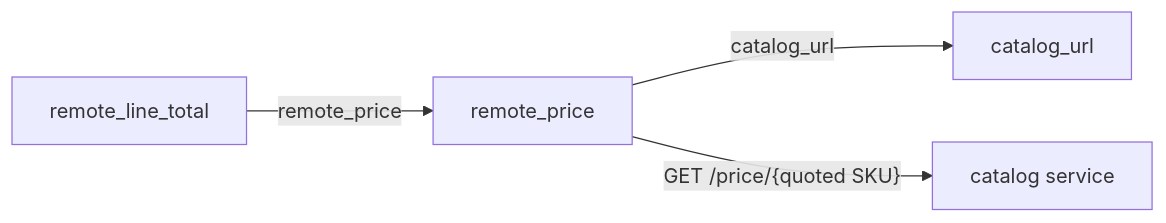
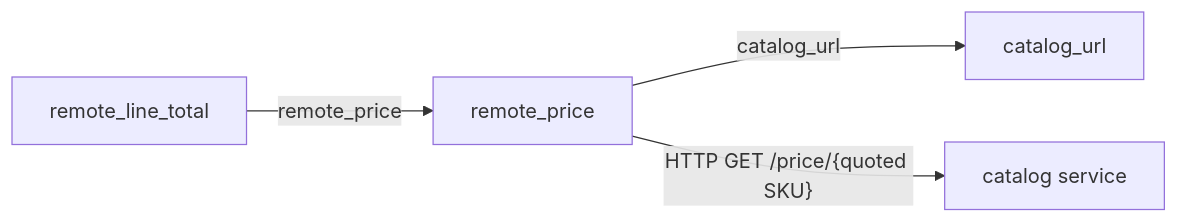
One commit to vishalc412/bible-mode-b-test changed the diagram in codebase-analysis/lld/orders/catalog_client.md. Above: the diagram before and after it, drawn with Mermaid. The commit also changed 38 other files, not shown here.

````diff
--- a/codebase-analysis/lld/orders/catalog_client.md
+++ b/codebase-analysis/lld/orders/catalog_client.md
@@ -36,10 +36,10 @@
 ```mermaid
 flowchart LR
-  catalogUrl["catalog_url"]
-  remotePrice["remote_price"]
-  remoteLineTotal["remote_line_total"]
-  catalog_service["catalog service"]
-  remotePrice -->|"catalog_url"| catalogUrl
-  remotePrice -->|"GET /price/{quoted SKU}"| catalog_service
-  remoteLineTotal -->|"remote_price"| remotePrice
+  catalogurl["catalog_url"]
+  remoteprice["remote_price"]
+  remotelinetotal["remote_line_total"]
+  catalogservice["catalog service"]
+  remoteprice -->|"catalog_url"| catalogurl
+  remoteprice -->|"HTTP GET /price/{quoted SKU}"| catalogservice
+  remotelinetotal -->|"remote_price"| remoteprice
 ```
````
